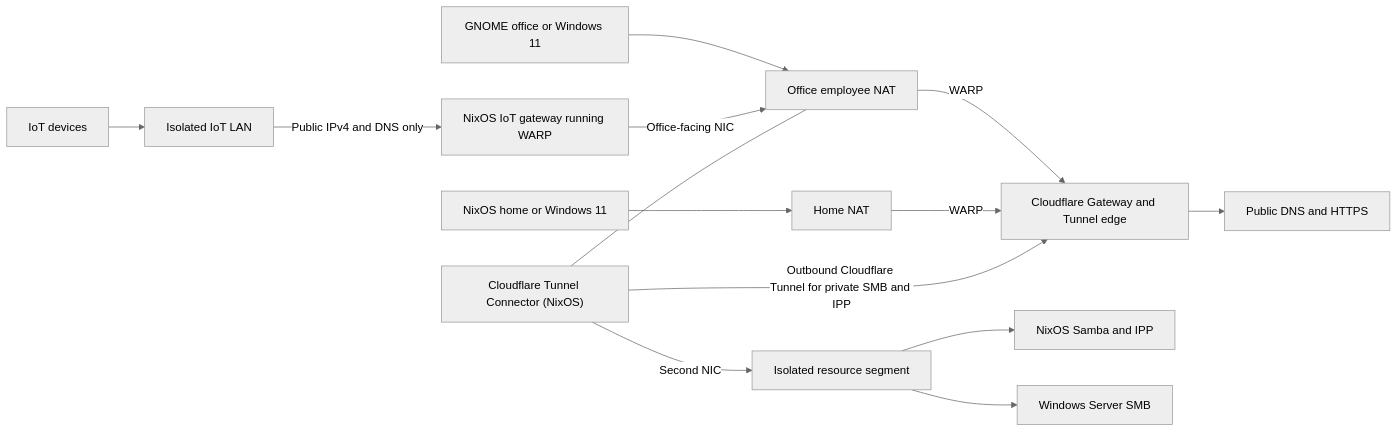
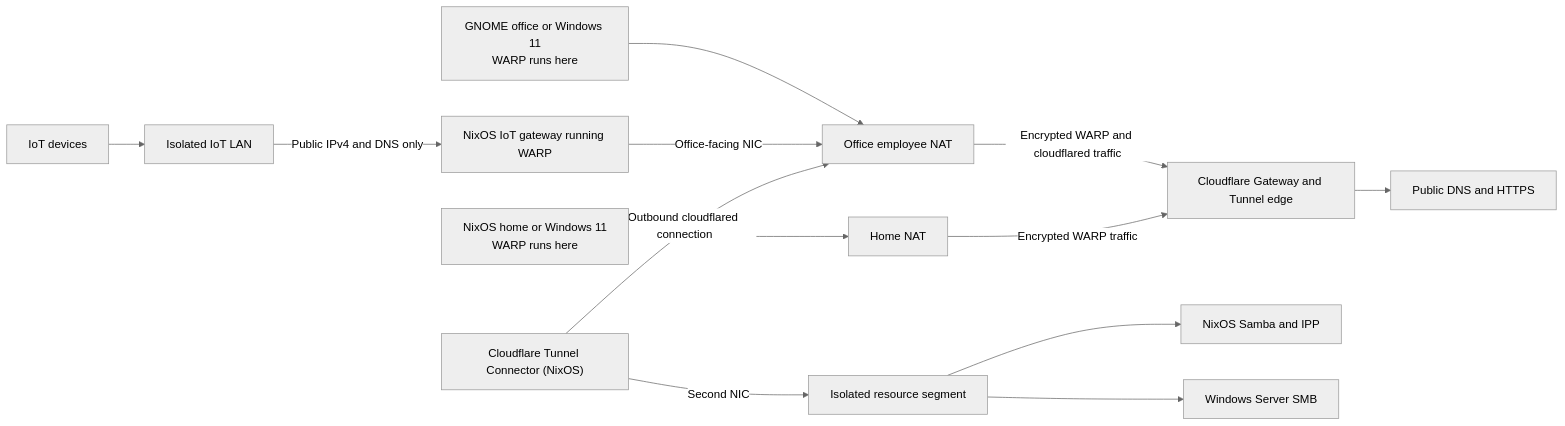
One commit to kadencartwright/cloudflare-ztna-lab changed the diagram in README.md. Above: the diagram before and after it, drawn with Mermaid (neutral theme). The commit also changed other lines of this file, not shown here.

Commit message:
Show WARP on the devices in the lab diagram

````diff
--- a/README.md
+++ b/README.md
@@ -5,16 +5,15 @@
 ```mermaid
 flowchart LR
-  O[GNOME office or Windows 11] --> ON[Office employee NAT]
-  R[NixOS home or Windows 11] --> HN[Home NAT]
+  O["GNOME office or Windows 11<br/>WARP runs here"] --> ON[Office employee NAT]
+  R["NixOS home or Windows 11<br/>WARP runs here"] --> HN[Home NAT]
   I[IoT devices] --> IL[Isolated IoT LAN]
   IL -->|Public IPv4 and DNS only| IG[NixOS IoT gateway running WARP]
   IG -->|Office-facing NIC| ON
-  ON -->|WARP| E[Cloudflare Gateway and Tunnel edge]
-  HN -->|WARP| E
+  ON -->|Encrypted WARP and cloudflared traffic| E[Cloudflare Gateway and Tunnel edge]
+  HN -->|Encrypted WARP traffic| E
   E --> W[Public DNS and HTTPS]
-  C["Cloudflare Tunnel Connector (NixOS)"] -->|Outbound Cloudflare Tunnel for private SMB and IPP| E
-  C --- ON
+  C["Cloudflare Tunnel Connector (NixOS)"] -->|Outbound cloudflared connection| ON
   C -->|Second NIC| V[Isolated resource segment]
   V --> L[NixOS Samba and IPP]
   V --> S[Windows Server SMB]
 ```
````
